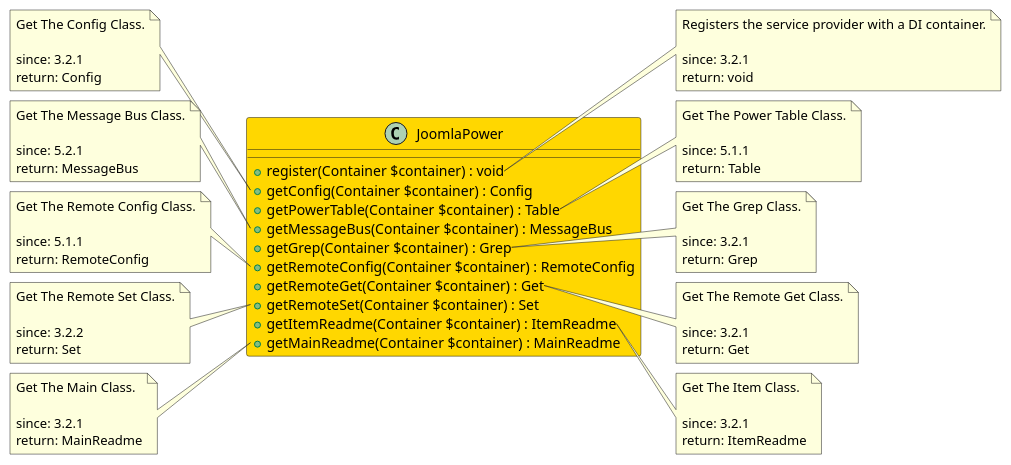
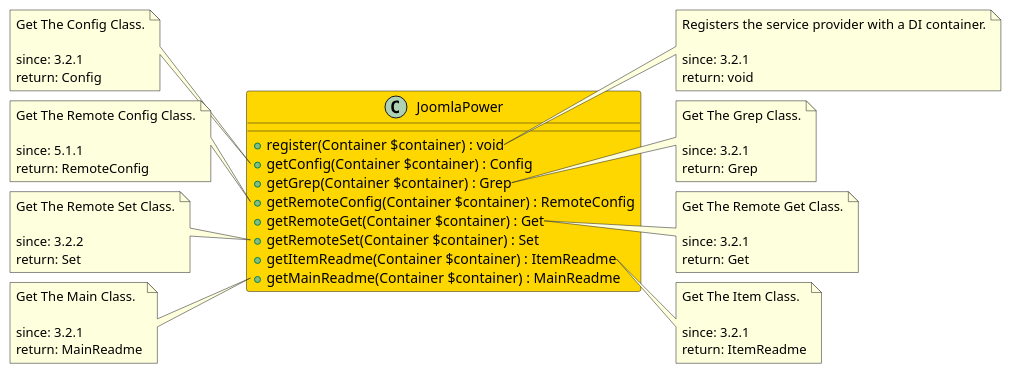
One commit to joomengine/jcb-compiler changed the diagram in src/38e1ca3e-1908-459a-be87-9f83b292058f/README.md. Above: the diagram before and after it, drawn with PlantUML. The commit also changed other lines of this file and 585 other files, not shown here.

````diff
--- a/src/38e1ca3e-1908-459a-be87-9f83b292058f/README.md
+++ b/src/38e1ca3e-1908-459a-be87-9f83b292058f/README.md
@@ -12,10 +5,9 @@
 ```uml
 @startuml
+
 class JoomlaPower  #Gold {
   + register(Container $container) : void
   + getConfig(Container $container) : Config
-  + getPowerTable(Container $container) : Table
-  + getMessageBus(Container $container) : MessageBus
   + getGrep(Container $container) : Grep
   + getRemoteConfig(Container $container) : RemoteConfig
   + getRemoteGet(Container $container) : Get
@@ -36,20 +28,6 @@
 
   since: 3.2.1
   return: Config
-end note
-
-note right of JoomlaPower::getPowerTable
-  Get The Power Table Class.
-
-  since: 5.1.1
-  return: Table
-end note
-
-note left of JoomlaPower::getMessageBus
-  Get The Message Bus Class.
-
-  since: 5.2.1
-  return: MessageBus
 end note
 
 note right of JoomlaPower::getGrep
@@ -93,6 +71,6 @@
   since: 3.2.1
   return: MainReadme
 end note
- 
+
 @enduml
 ```
````
